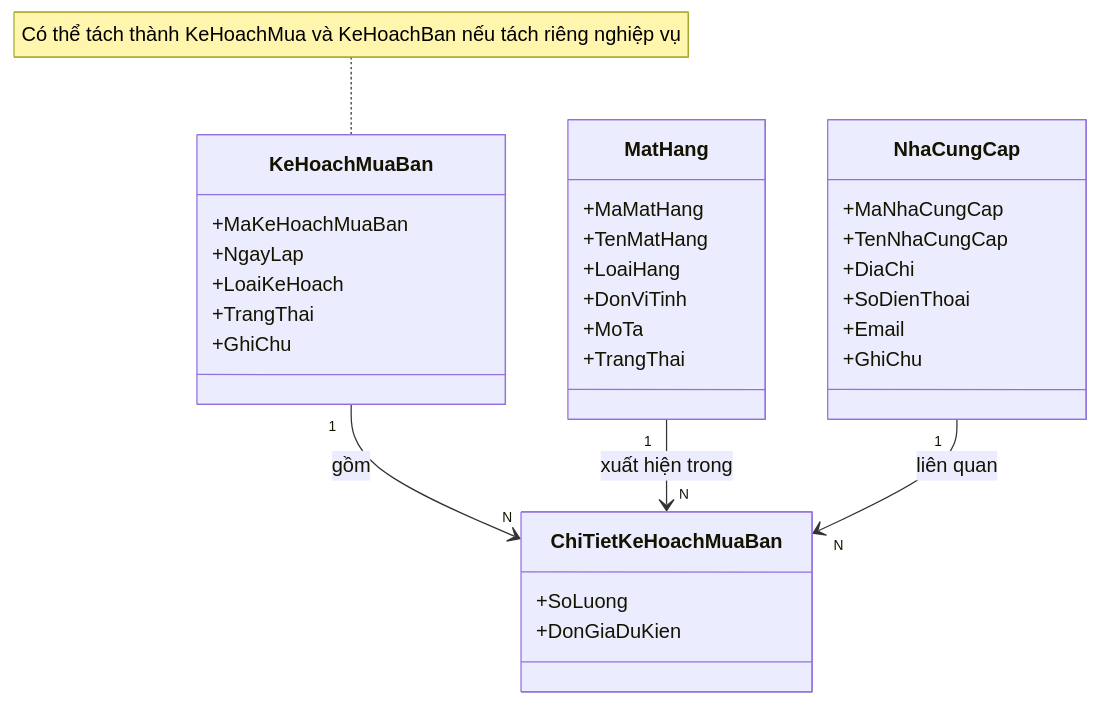
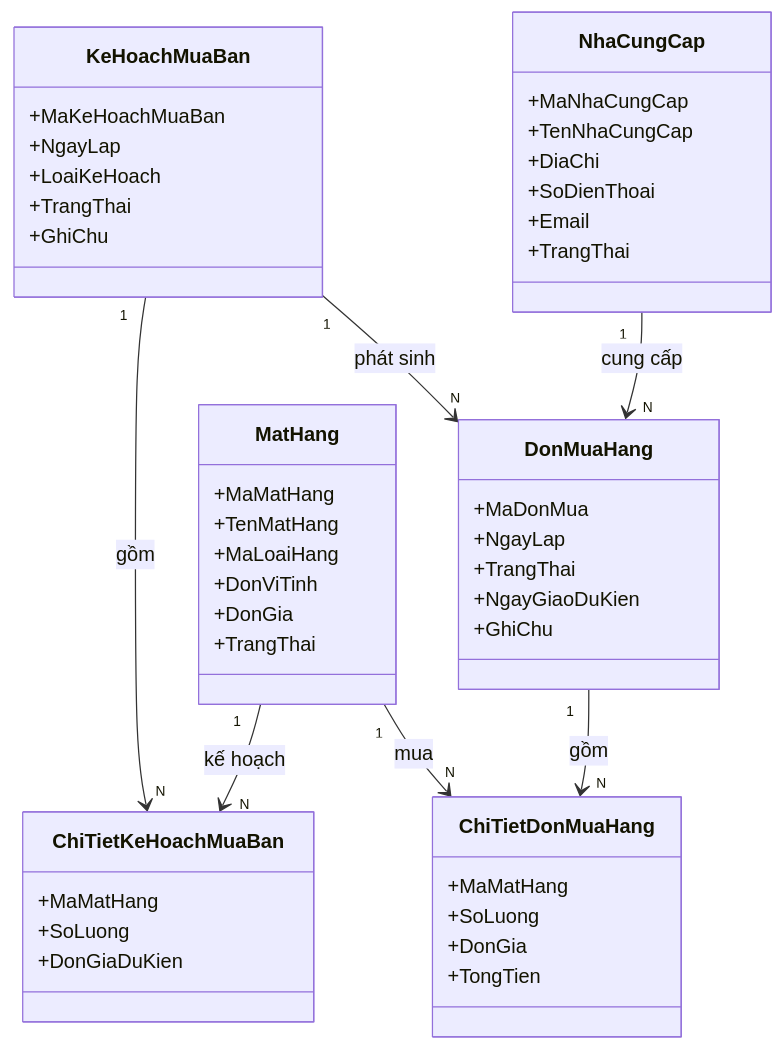
One commit to vthaix/WarehouseSystem changed the sixth of 14 diagrams in WarehouseSystem_SRS_hoan_chinh.md. Above: the diagram before and after it, drawn with Mermaid. The commit also changed other lines of this file, not shown here.

````diff
--- a/WarehouseSystem_SRS_hoan_chinh.md
+++ b/WarehouseSystem_SRS_hoan_chinh.md
@@ -1663,35 +199,59 @@
 ```mermaid
 classDiagram
+
     class KeHoachMuaBan {
         +MaKeHoachMuaBan
         +NgayLap
         +LoaiKeHoach
         +TrangThai
         +GhiChu
     }
+
     class ChiTietKeHoachMuaBan {
+        +MaMatHang
         +SoLuong
         +DonGiaDuKien
     }
-    class MatHang {
+
+    class DonMuaHang {
+        +MaDonMua
+        +NgayLap
+        +TrangThai
+        +NgayGiaoDuKien
+        +GhiChu
+    }
+
+    class ChiTietDonMuaHang {
         +MaMatHang
-        +TenMatHang
-        +LoaiHang
-        +DonViTinh
-        +MoTa
-        +TrangThai
+        +SoLuong
+        +DonGia
+        +TongTien
     }
+
     class NhaCungCap {
         +MaNhaCungCap
         +TenNhaCungCap
         +DiaChi
         +SoDienThoai
         +Email
-        +GhiChu
+        +TrangThai
+    }
+
+    class MatHang {
+        +MaMatHang
+        +TenMatHang
+        +MaLoaiHang
+        +DonViTinh
+        +DonGia
+        +TrangThai
     }
 
     KeHoachMuaBan "1" --> "N" ChiTietKeHoachMuaBan : gồm
-    MatHang "1" --> "N" ChiTietKeHoachMuaBan : xuất hiện trong
-    NhaCungCap "1" --> "N" ChiTietKeHoachMuaBan : liên quan
-    note for KeHoachMuaBan "Có thể tách thành KeHoachMua và KeHoachBan nếu tách riêng nghiệp vụ"
+    MatHang "1" --> "N" ChiTietKeHoachMuaBan : kế hoạch
+    KeHoachMuaBan "1" --> "N" DonMuaHang : phát sinh
+
+    NhaCungCap "1" --> "N" DonMuaHang : cung cấp
+    DonMuaHang "1" --> "N" ChiTietDonMuaHang : gồm
+    MatHang "1" --> "N" ChiTietDonMuaHang : mua
+
 ```
````
